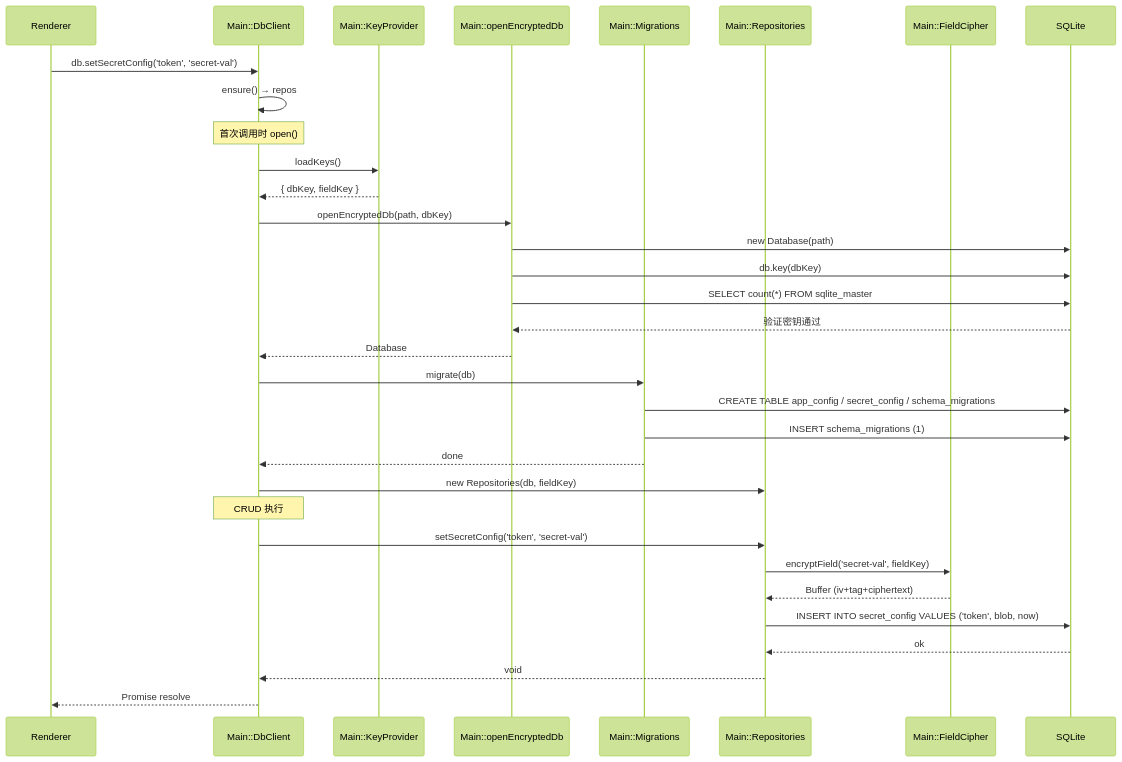
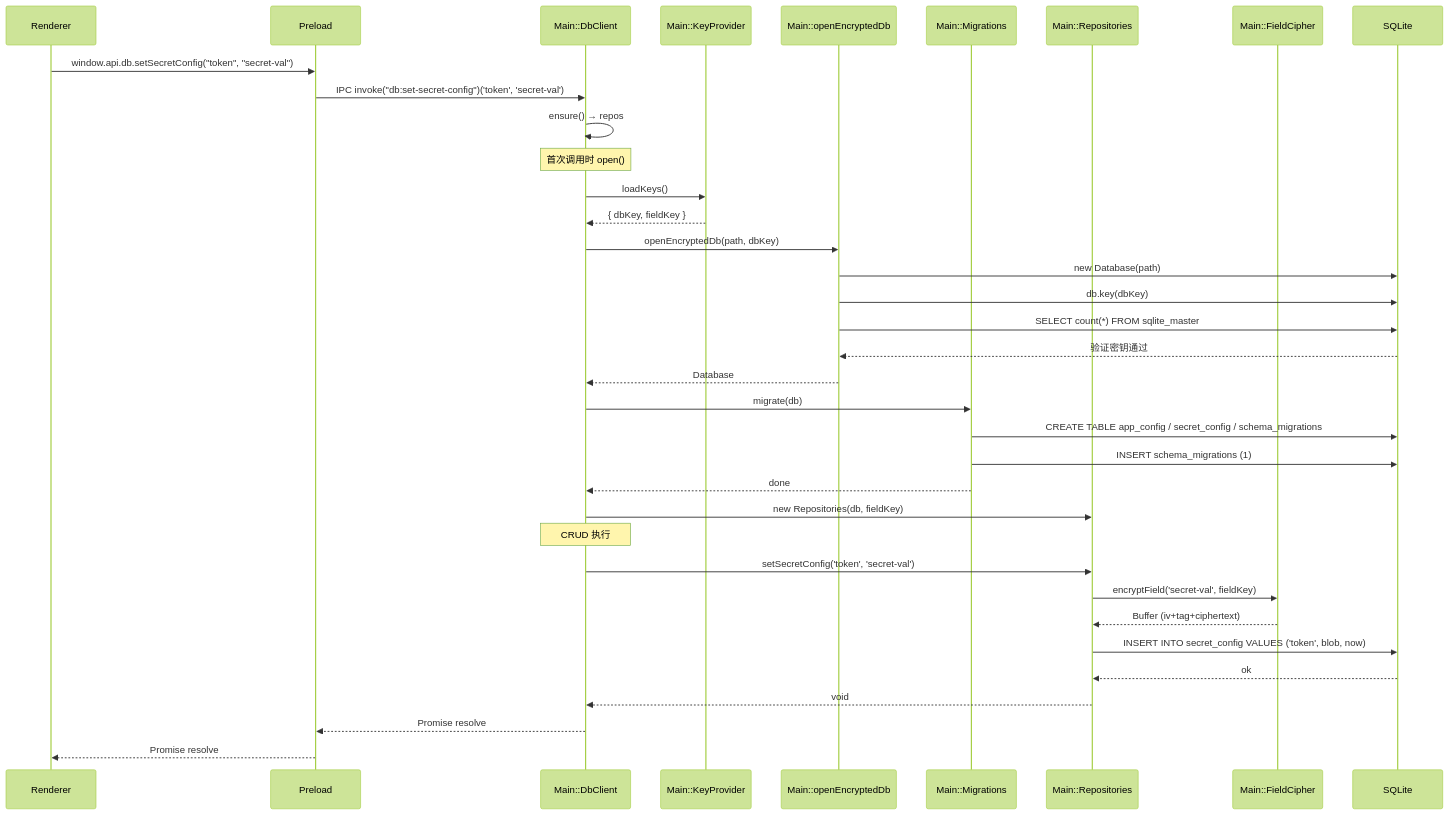
The seventh of 13 diagrams in docs/architecture-diagrams.md (lupnfer/vue_with_csdk), drawn with Mermaid (forest theme) before and after one commit. The commit also changed other lines of this file, not shown here.

First line of the commit message:
fix(docs): 所有时序图统一加 Preload 层

````diff
--- a/docs/architecture-diagrams.md
+++ b/docs/architecture-diagrams.md
@@ -362,40 +373,43 @@
 ```mermaid
 sequenceDiagram
     participant R as Renderer
+    participant P as Preload
     participant M as Main::DbClient
     participant K as Main::KeyProvider
     participant D as Main::openEncryptedDb
     participant Mig as Main::Migrations
     participant Repo as Main::Repositories
     participant FC as Main::FieldCipher
     participant DB as SQLite
 
-    R->>M: db.setSecretConfig('token', 'secret-val')
+    R->>P: window.api.db.setSecretConfig("token", "secret-val")
+    P->>M: IPC invoke("db:set-secret-config")('token', 'secret-val')
     M->>M: ensure() → repos
 
     Note over M: 首次调用时 open()
     M->>K: loadKeys()
     K-->>M: { dbKey, fieldKey }
     M->>D: openEncryptedDb(path, dbKey)
     D->>DB: new Database(path)
     D->>DB: db.key(dbKey)
     D->>DB: SELECT count(*) FROM sqlite_master
     DB-->>D: 验证密钥通过
     D-->>M: Database
 
     M->>Mig: migrate(db)
     Mig->>DB: CREATE TABLE app_config / secret_config / schema_migrations
     Mig->>DB: INSERT schema_migrations (1)
     Mig-->>M: done
 
     M->>Repo: new Repositories(db, fieldKey)
 
     Note over M: CRUD 执行
     M->>Repo: setSecretConfig('token', 'secret-val')
     Repo->>FC: encryptField('secret-val', fieldKey)
     FC-->>Repo: Buffer (iv+tag+ciphertext)
     Repo->>DB: INSERT INTO secret_config VALUES ('token', blob, now)
     DB-->>Repo: ok
     Repo-->>M: void
-    M-->>R: Promise resolve
+    M-->>P: Promise resolve
+    P-->>R: Promise resolve
 ```
````
